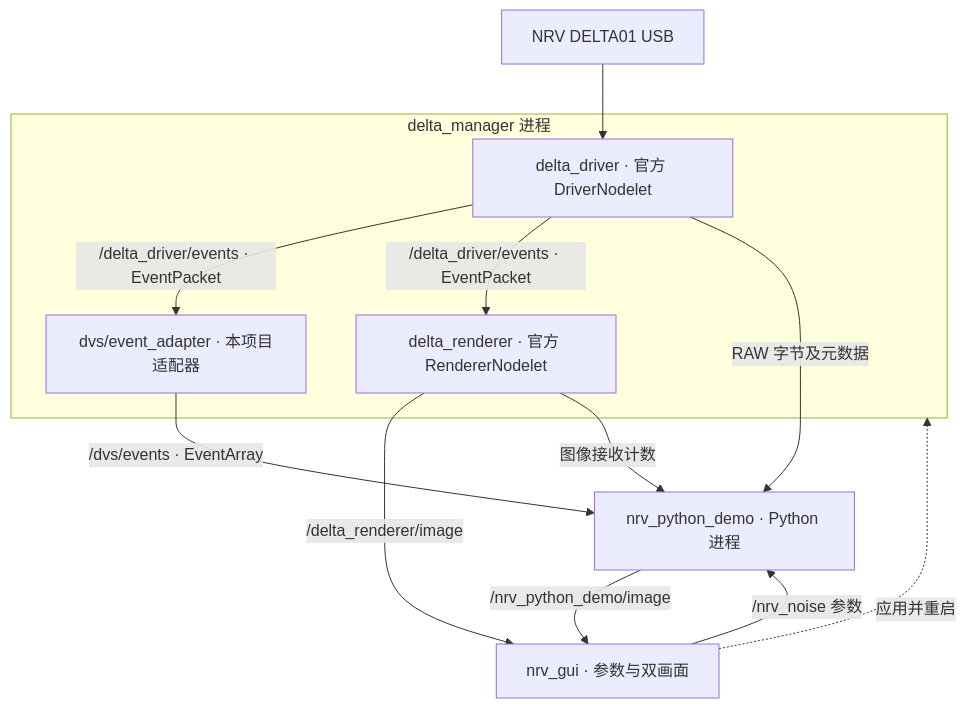
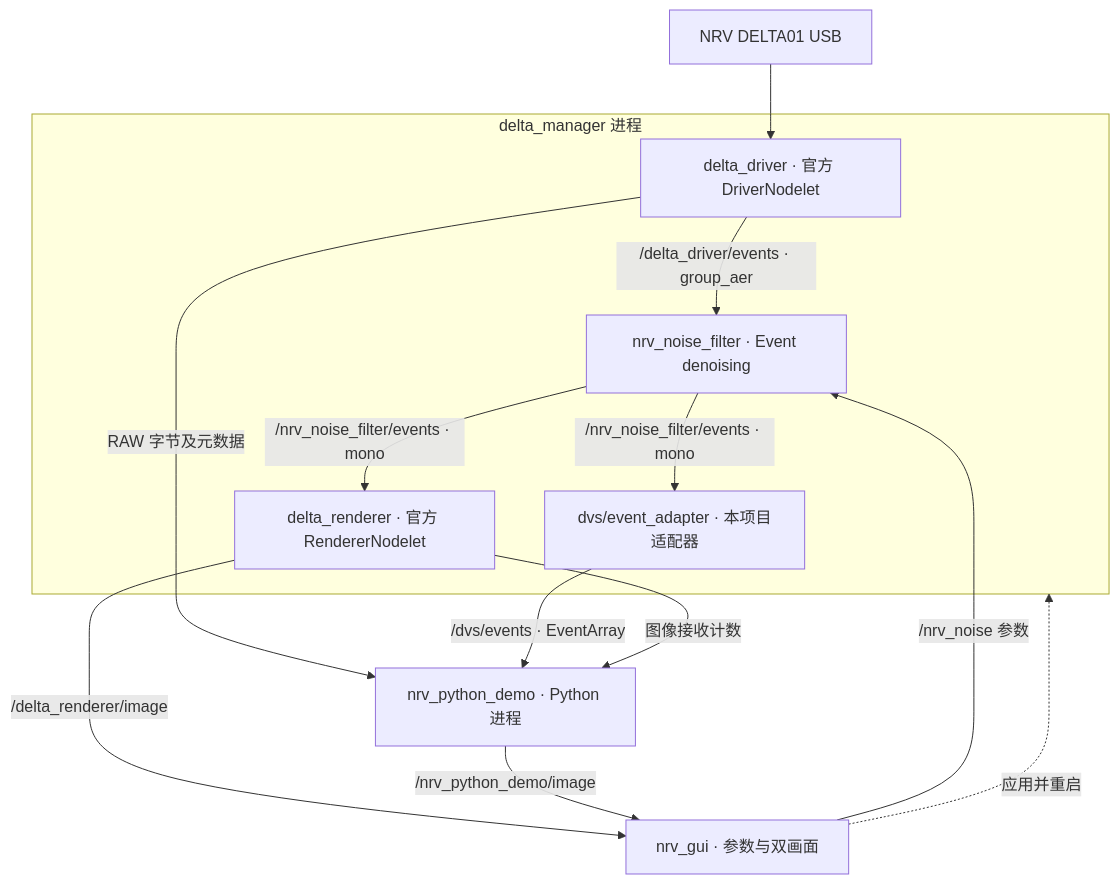
One commit to lixiang-moss/NRV_Demo changed the diagram in README.zh-CN.md. Above: the diagram before and after it, drawn with Mermaid. The commit also changed other lines of this file and 9 other files, not shown here.

Commit message:
Filter incoming RAW events before shared rendering and algorithm paths

````diff
--- a/README.zh-CN.md
+++ b/README.zh-CN.md
@@ -75,18 +75,19 @@
 ```mermaid
 flowchart TD
     Camera[NRV DELTA01 USB] --> Driver
     subgraph Manager[delta_manager 进程]
       Driver[delta_driver · 官方 DriverNodelet]
       Adapter[dvs/event_adapter · 本项目适配器]
       Renderer[delta_renderer · 官方 RendererNodelet]
-      Driver -->|/delta_driver/events · EventPacket| Adapter
-      Driver -->|/delta_driver/events · EventPacket| Renderer
+      Driver -->|/delta_driver/events · group_aer| Filter[nrv_noise_filter · Event denoising]
+      Filter -->|/nrv_noise_filter/events · mono| Adapter
+      Filter -->|/nrv_noise_filter/events · mono| Renderer
     end
     Driver -->|RAW 字节及元数据| Python[nrv_python_demo · Python 进程]
     Adapter -->|/dvs/events · EventArray| Python
     Renderer -->|/delta_renderer/image| GUI[nrv_gui · 参数与双画面]
     Renderer -->|图像接收计数| Python
     Python -->|/nrv_python_demo/image| GUI
-    GUI -->|/nrv_noise 参数| Python
+    GUI -->|/nrv_noise 参数| Filter
     GUI -. 应用并重启 .-> Manager
 ```
````
